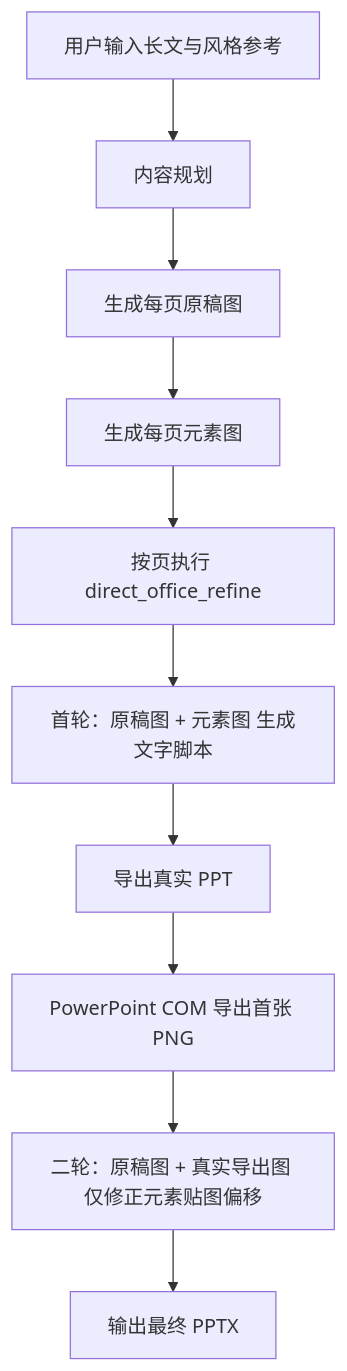
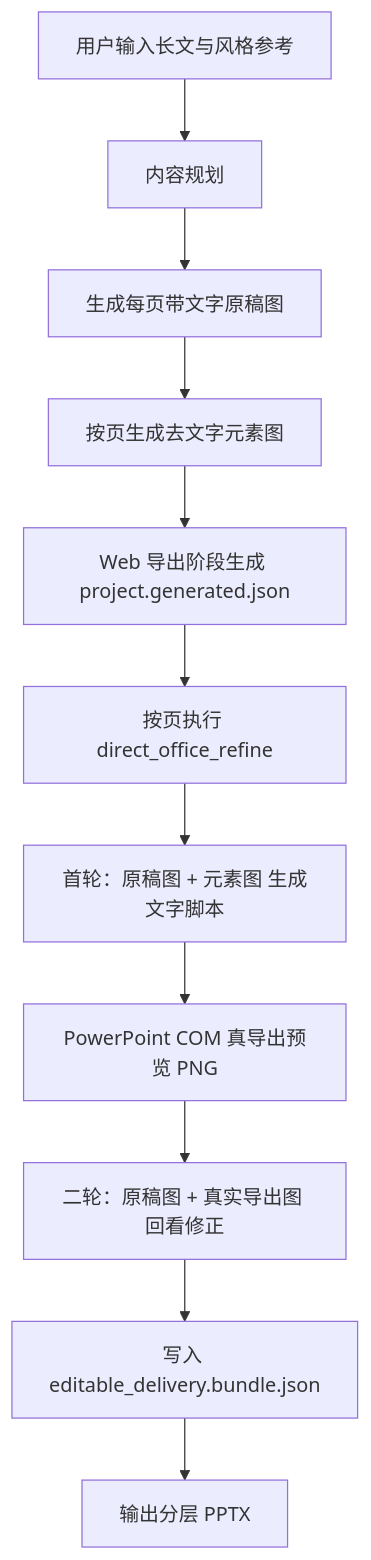
One commit to 1624899/ai-ppt-maker changed the diagram in PPT_SYSTEM_README.md. Above: the diagram before and after it, drawn with Mermaid. The commit also changed other lines of this file and 36 other files, not shown here.

First line of the commit message:
refactor(core): 重构项目入口、图像编辑流程，并添加运动设计系统

````diff
--- a/PPT_SYSTEM_README.md
+++ b/PPT_SYSTEM_README.md
@@ -17,12 +19,13 @@
 ```mermaid
 flowchart TD
     A[用户输入长文与风格参考] --> B[内容规划]
-    B --> C[生成每页原稿图]
-    C --> D[生成每页元素图]
-    D --> E[按页执行 direct_office_refine]
-    E --> F[首轮：原稿图 + 元素图 生成文字脚本]
-    F --> G[导出真实 PPT]
-    G --> H[PowerPoint COM 导出首张 PNG]
-    H --> I[二轮：原稿图 + 真实导出图 仅修正元素贴图偏移]
-    I --> J[输出最终 PPTX]
+    B --> C[生成每页带文字原稿图]
+    C --> D[按页生成去文字元素图]
+    D --> E[Web 导出阶段生成 project.generated.json]
+    E --> F[按页执行 direct_office_refine]
+    F --> G[首轮：原稿图 + 元素图 生成文字脚本]
+    G --> H[PowerPoint COM 真导出预览 PNG]
+    H --> I[二轮：原稿图 + 真实导出图 回看修正]
+    I --> J[写入 editable_delivery.bundle.json]
+    J --> K[输出分层 PPTX]
 ```
````
